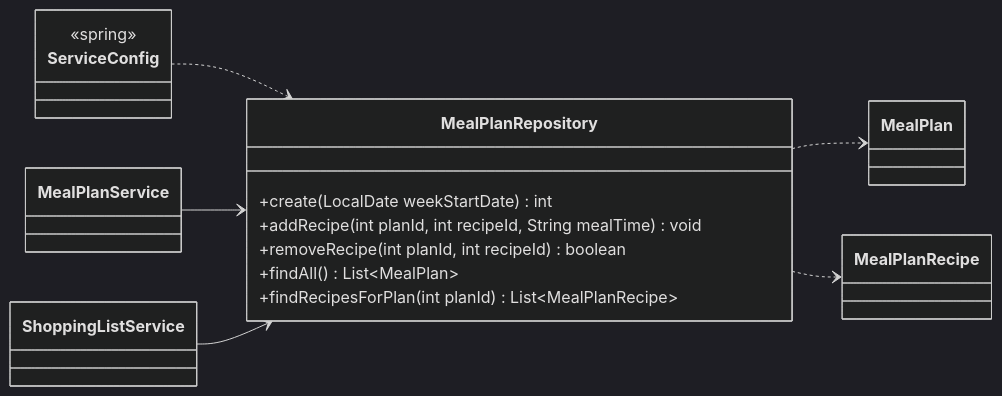
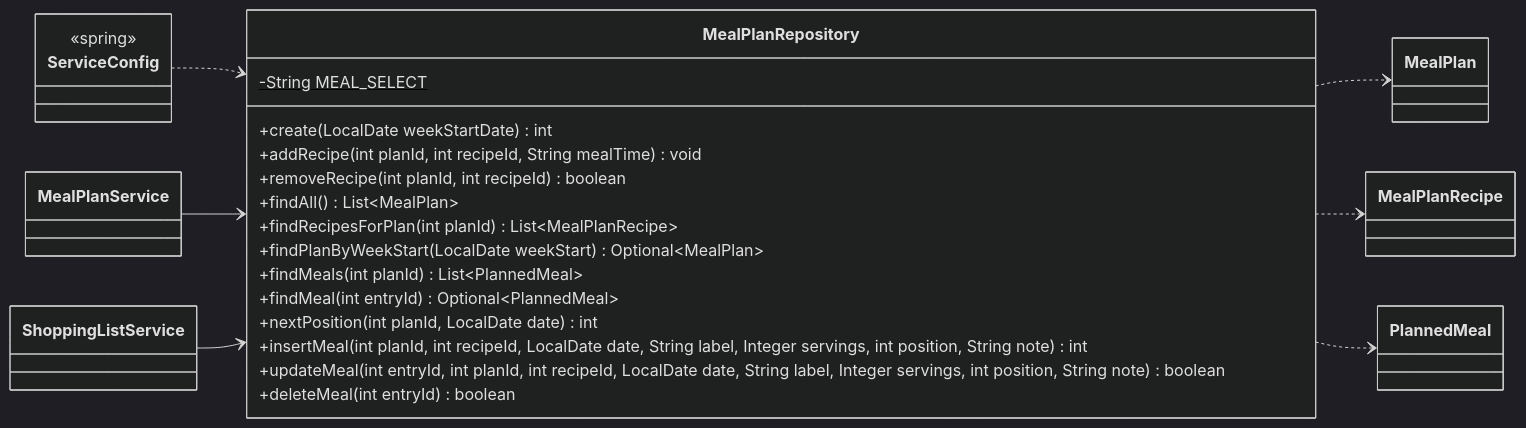
One commit to Nate-ryan-7690/dahaem changed the fifth of 25 diagrams in docs/classes/mealplanner.md. Above: the diagram before and after it, drawn with Mermaid (dark theme). The commit also changed other lines of this file and 5 other files, not shown here.

````diff
--- a/docs/classes/mealplanner.md
+++ b/docs/classes/mealplanner.md
@@ -197,23 +299,33 @@
 ```mermaid
 classDiagram
     direction LR
     class mealplanner_MealPlanRepository["MealPlanRepository"] {
         +create(LocalDate weekStartDate) int
         +addRecipe(int planId, int recipeId, String mealTime) void
         +removeRecipe(int planId, int recipeId) boolean
         +findAll() List~MealPlan~
         +findRecipesForPlan(int planId) List~MealPlanRecipe~
+        -String MEAL_SELECT$
+        +findPlanByWeekStart(LocalDate weekStart) Optional~MealPlan~
+        +findMeals(int planId) List~PlannedMeal~
+        +findMeal(int entryId) Optional~PlannedMeal~
+        +nextPosition(int planId, LocalDate date) int
+        +insertMeal(int planId, int recipeId, LocalDate date, String label, Integer servings, int position, String note) int
+        +updateMeal(int entryId, int planId, int recipeId, LocalDate date, String label, Integer servings, int position, String note) boolean
+        +deleteMeal(int entryId) boolean
     }
     class mealplanner_MealPlanService["MealPlanService"]
     class shopping_ShoppingListService["ShoppingListService"]
     class mealplanner_MealPlan["MealPlan"]
     class mealplanner_MealPlanRecipe["MealPlanRecipe"]
+    class mealplanner_PlannedMeal["PlannedMeal"]
     class api_ServiceConfig["ServiceConfig"] {
         <<spring>>
     }
     mealplanner_MealPlanRepository ..> mealplanner_MealPlan
     mealplanner_MealPlanRepository ..> mealplanner_MealPlanRecipe
+    mealplanner_MealPlanRepository ..> mealplanner_PlannedMeal
     api_ServiceConfig ..> mealplanner_MealPlanRepository
     mealplanner_MealPlanService --> mealplanner_MealPlanRepository
     shopping_ShoppingListService --> mealplanner_MealPlanRepository
 ```
````
